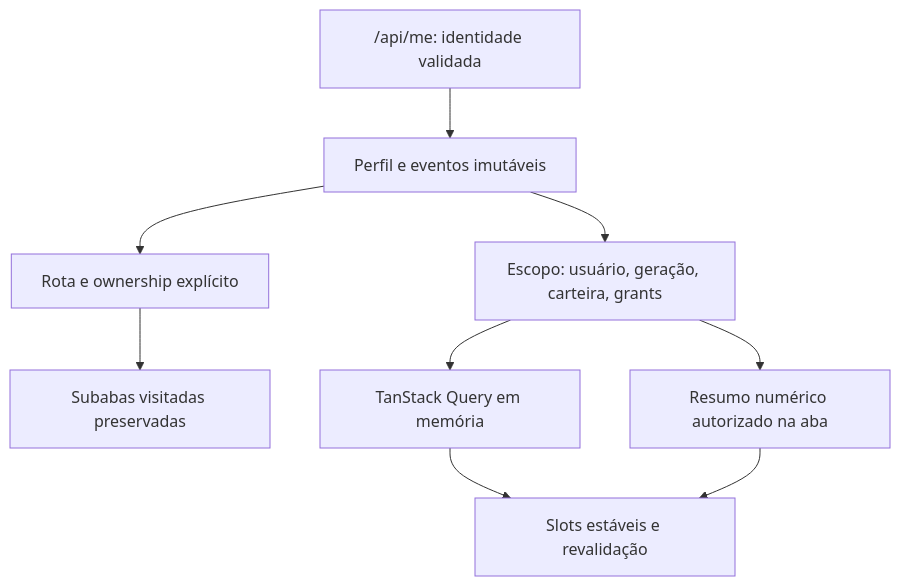
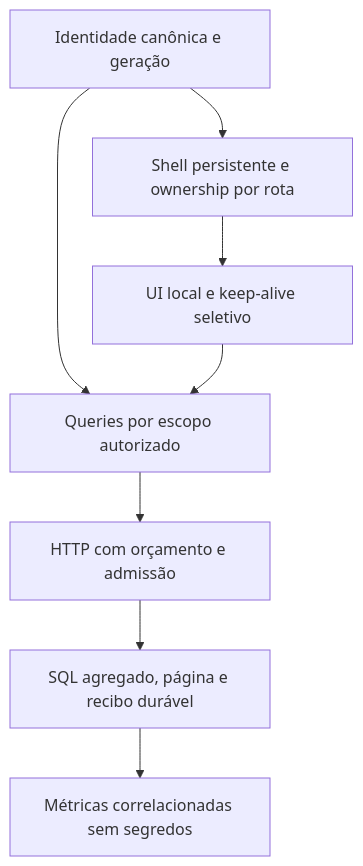
Before and after one commit to portilhooooooooo/mascarenhas.github.io: the second of 2 diagrams in docs/runtime-v2/ARCHITECTURE.md, drawn with Mermaid. The commit also changed other lines of this file and 142 other files, not shown here.

````diff
--- a/docs/runtime-v2/ARCHITECTURE.md
+++ b/docs/runtime-v2/ARCHITECTURE.md
@@ -19,11 +13,10 @@
 ```mermaid
 flowchart TD
-  A["/api/me: identidade validada"] --> B["Perfil e eventos imutáveis"]
-  B --> C["Rota e ownership explícito"]
-  B --> D["Escopo: usuário, geração, carteira, grants"]
-  C --> E["Subabas visitadas preservadas"]
-  D --> F["TanStack Query em memória"]
-  F --> G["Slots estáveis e revalidação"]
-  D --> H["Resumo numérico autorizado na aba"]
-  H --> G
+ A["Identidade canônica e geração"] --> S["Shell persistente e ownership por rota"]
+ S --> U["UI local e keep-alive seletivo"]
+ A --> Q["Queries por escopo autorizado"]
+ U --> Q
+ Q --> H["HTTP com orçamento e admissão"]
+ H --> D["SQL agregado, página e recibo durável"]
+ D --> O["Métricas correlacionadas sem segredos"]
 ```
````
